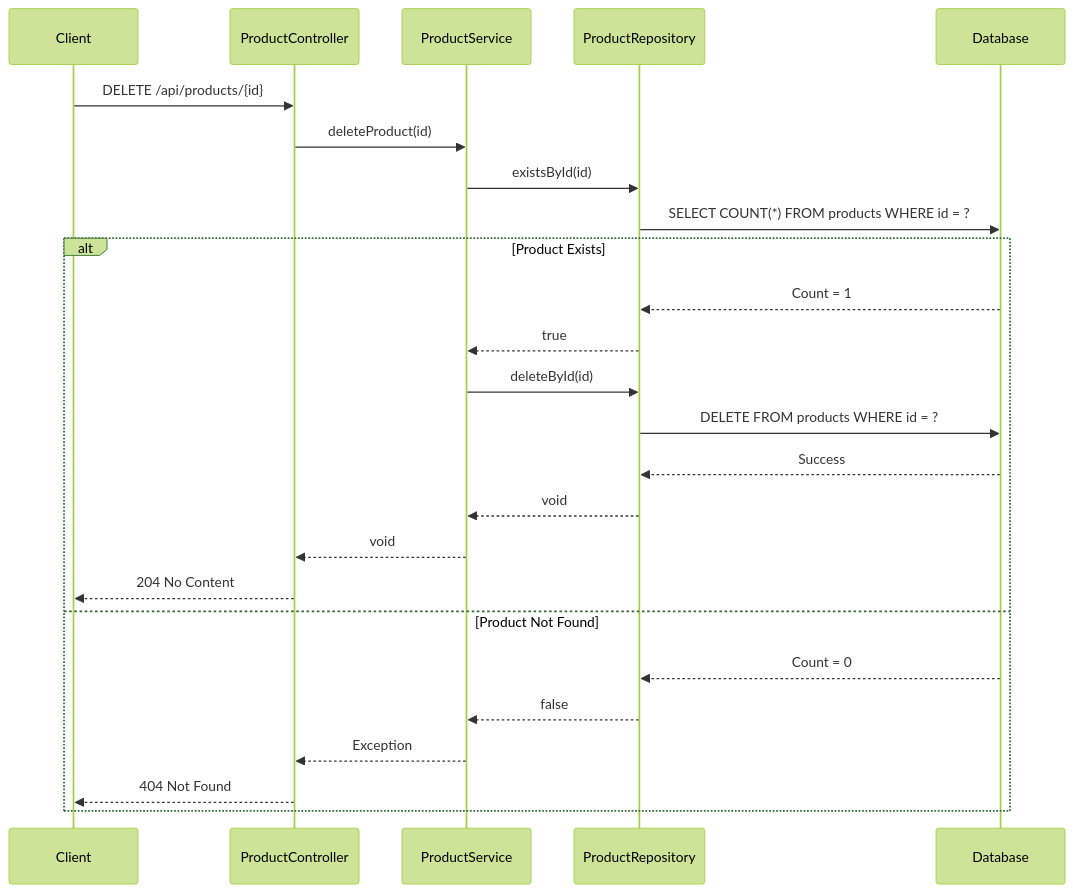
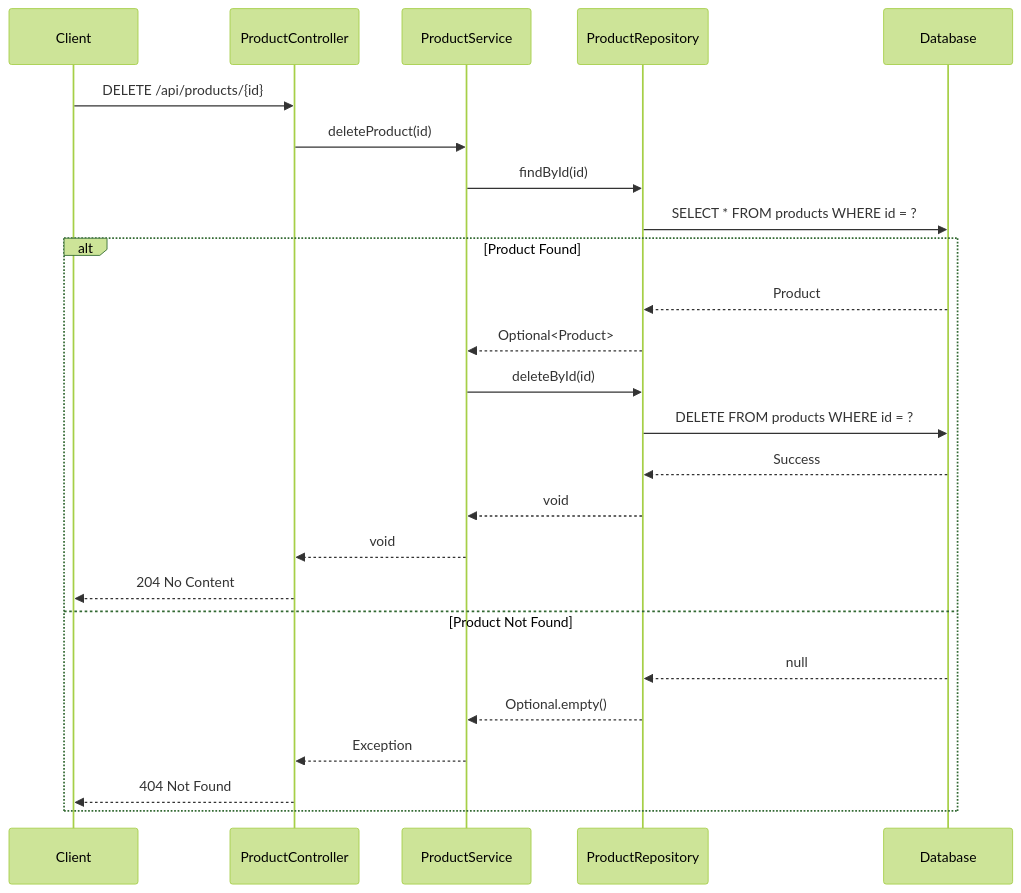
One commit to NavneetBN47/aava-ecom-demo changed the seventh of 13 diagrams in docs/LLD/modified_lld.md. Above: the diagram before and after it, drawn with Mermaid (forest theme). The commit also changed other lines of this file, not shown here.

````diff
--- a/docs/LLD/modified_lld.md
+++ b/docs/LLD/modified_lld.md
@@ -270,29 +294,29 @@
 ```mermaid
 sequenceDiagram
     participant Client
     participant ProductController
     participant ProductService
     participant ProductRepository
     participant Database
 
     Client->>ProductController: DELETE /api/products/{id}
     ProductController->>ProductService: deleteProduct(id)
-    ProductService->>ProductRepository: existsById(id)
-    ProductRepository->>Database: SELECT COUNT(*) FROM products WHERE id = ?
+    ProductService->>ProductRepository: findById(id)
+    ProductRepository->>Database: SELECT * FROM products WHERE id = ?
     
-    alt Product Exists
-        Database-->>ProductRepository: Count = 1
-        ProductRepository-->>ProductService: true
+    alt Product Found
+        Database-->>ProductRepository: Product
+        ProductRepository-->>ProductService: Optional<Product>
         ProductService->>ProductRepository: deleteById(id)
         ProductRepository->>Database: DELETE FROM products WHERE id = ?
         Database-->>ProductRepository: Success
         ProductRepository-->>ProductService: void
         ProductService-->>ProductController: void
         ProductController-->>Client: 204 No Content
     else Product Not Found
-        Database-->>ProductRepository: Count = 0
-        ProductRepository-->>ProductService: false
+        Database-->>ProductRepository: null
+        ProductRepository-->>ProductService: Optional.empty()
         ProductService-->>ProductController: Exception
         ProductController-->>Client: 404 Not Found
     end
 ```
````
